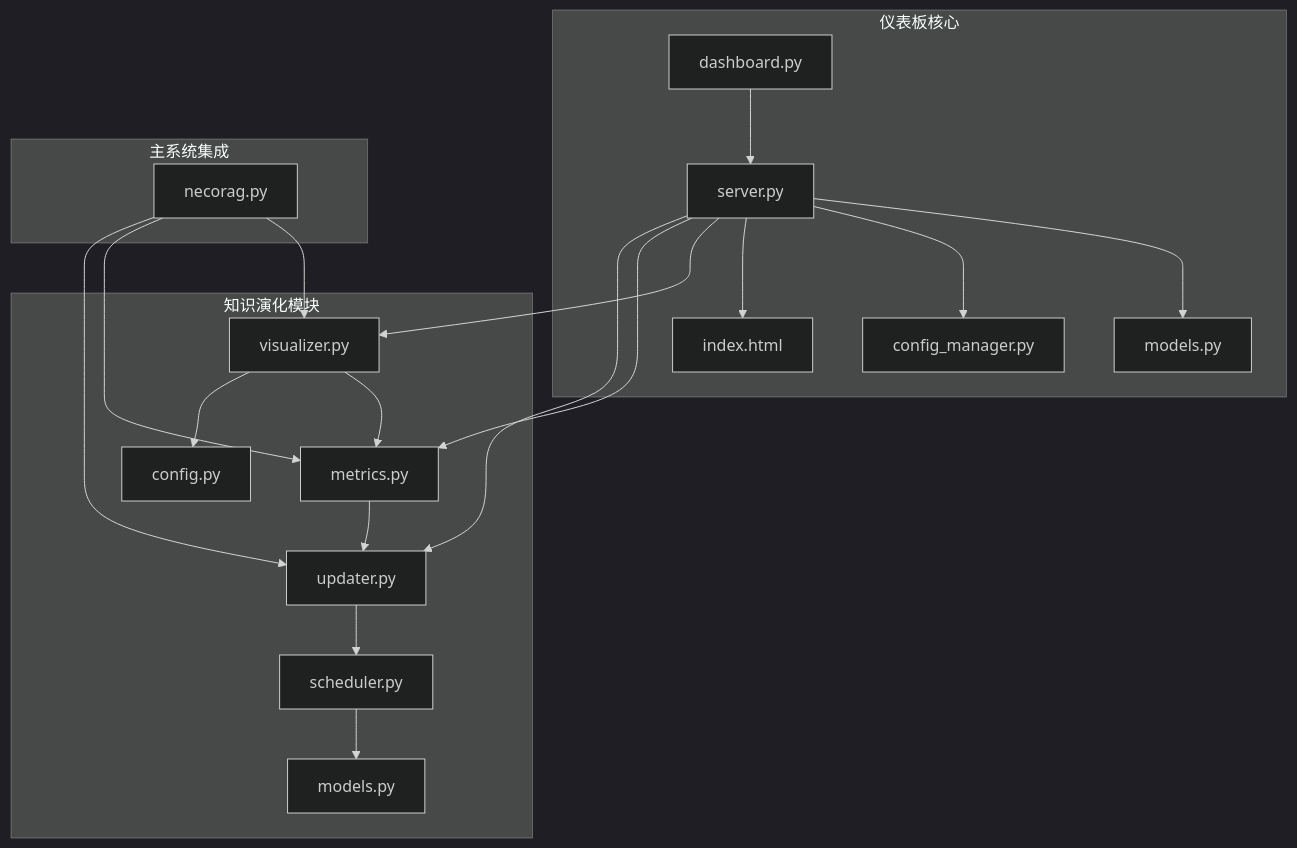
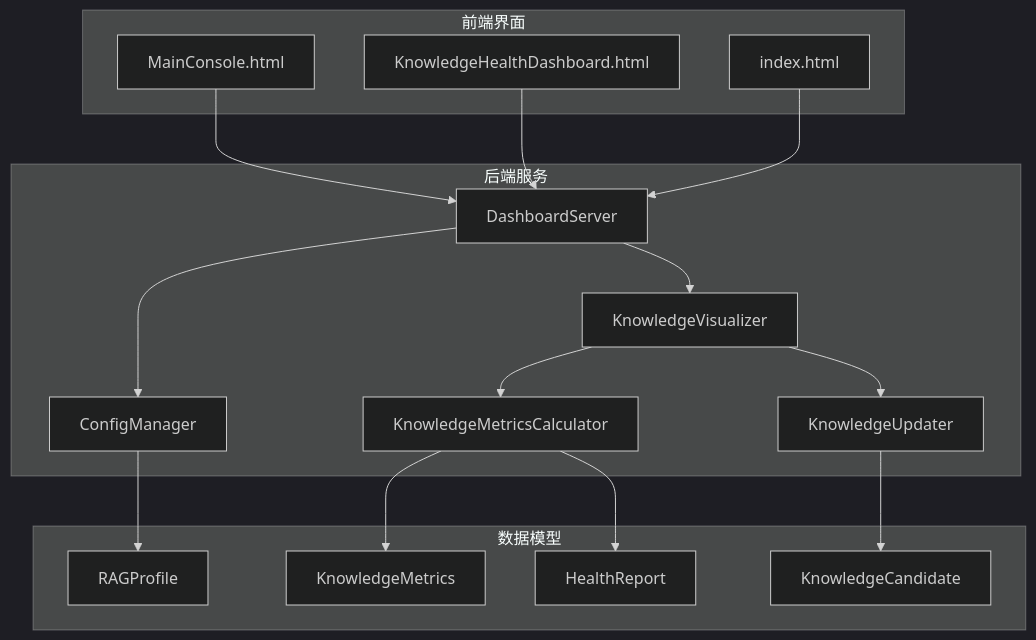
One commit to JieGaoPrinceton/NecoRAG changed the first of 5 diagrams in .qoder/repowiki/zh/content/知识演化系统/可视化仪表板.md. Above: the diagram before and after it, drawn with Mermaid (dark theme). The commit also changed other lines of this file and 181 other files, not shown here.

````diff
--- a/.qoder/repowiki/zh/content/知识演化系统/可视化仪表板.md
+++ b/.qoder/repowiki/zh/content/知识演化系统/可视化仪表板.md
@@ -44,24 +37,32 @@
 ```mermaid
 graph TB
-subgraph "仪表板核心"
-A[dashboard.py] --> B[server.py]
-B --> C[models.py]
-B --> D[config_manager.py]
-B --> E[index.html]
+subgraph "后端服务"
+A[DashboardServer]
+B[ConfigManager]
+C[KnowledgeVisualizer]
+D[KnowledgeMetricsCalculator]
+E[KnowledgeUpdater]
 end
-subgraph "知识演化模块"
-F[visualizer.py] --> G[metrics.py]
-G --> H[updater.py]
-H --> I[scheduler.py]
-I --> J[models.py]
-F --> K[config.py]
+subgraph "前端界面"
+F[MainConsole.html]
+G[KnowledgeHealthDashboard.html]
+H[index.html]
 end
-subgraph "主系统集成"
-L[necorag.py] --> F
-L --> G
-L --> H
+subgraph "数据模型"
+I[RAGProfile]
+J[KnowledgeMetrics]
+K[HealthReport]
+L[KnowledgeCandidate]
 end
-B --> F
-B --> G
-B --> H
+A --> B
+A --> C
+C --> D
+C --> E
+F --> A
+G --> A
+H --> A
+B --> I
+D --> J
+D --> K
+E --> L
 ```
````
